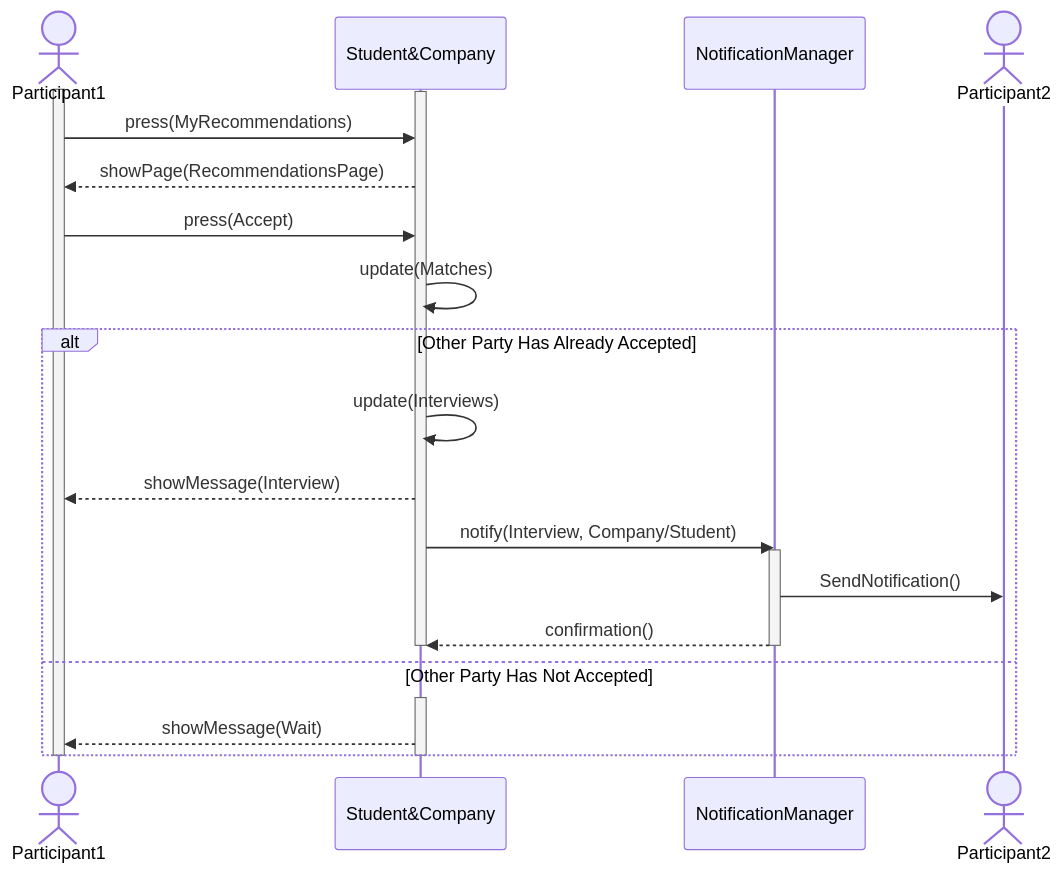
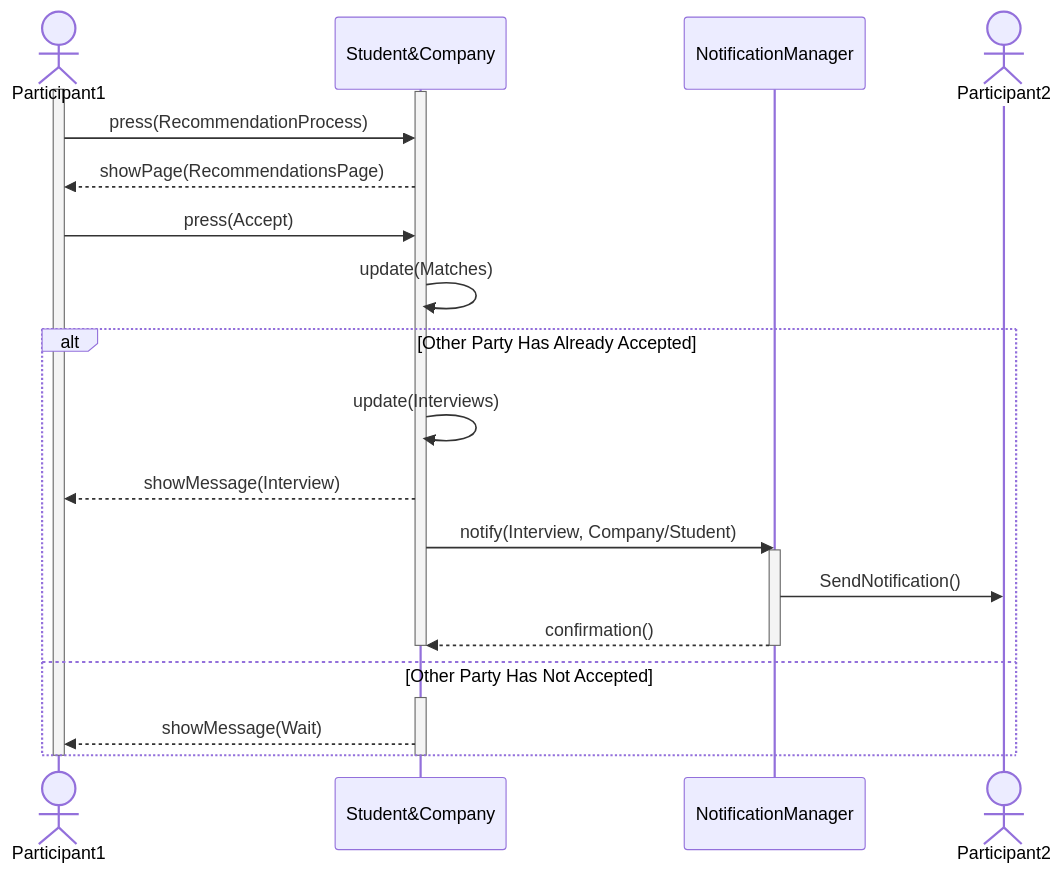
The eighth of 14 diagrams in Diagrams/SequenceDiagrams/SequenceDiagrams.md (Slaitroc/RicciPaoliGrisoni), drawn with Mermaid before and after one commit. The commit also changed other lines of this file and 3 other files, not shown here.

Commit message:
sequences refactor (MyRecommendation to RecommendationOffers)

````diff
--- a/Diagrams/SequenceDiagrams/SequenceDiagrams.md
+++ b/Diagrams/SequenceDiagrams/SequenceDiagrams.md
@@ -269,28 +269,28 @@
 ```mermaid
 sequenceDiagram
     actor Participant1
     participant Student&Company
     participant NotificationManager
     actor Participant2
     activate Participant1
     activate Student&Company
-    Participant1 ->> Student&Company: press(MyRecommendations)
+    Participant1 ->> Student&Company: press(RecommendationProcess)
     Student&Company -->> Participant1: showPage(RecommendationsPage)
     Participant1 ->> Student&Company: press(Accept)
     Student&Company ->> Student&Company: update(Matches)
     alt Other Party Has Already Accepted
         Student&Company ->> Student&Company: update(Interviews)
         Student&Company -->> Participant1: showMessage(Interview)
         Student&Company ->> NotificationManager: notify(Interview, Company/Student)
         activate NotificationManager
         NotificationManager ->> Participant2: SendNotification()
         NotificationManager -->> Student&Company: confirmation()
         deactivate NotificationManager
         deactivate Student&Company
     else Other Party Has Not Accepted
         activate Student&Company
         Student&Company -->> Participant1: showMessage(Wait)
     end
     deactivate Student&Company
     deactivate Participant1
 ```
````
